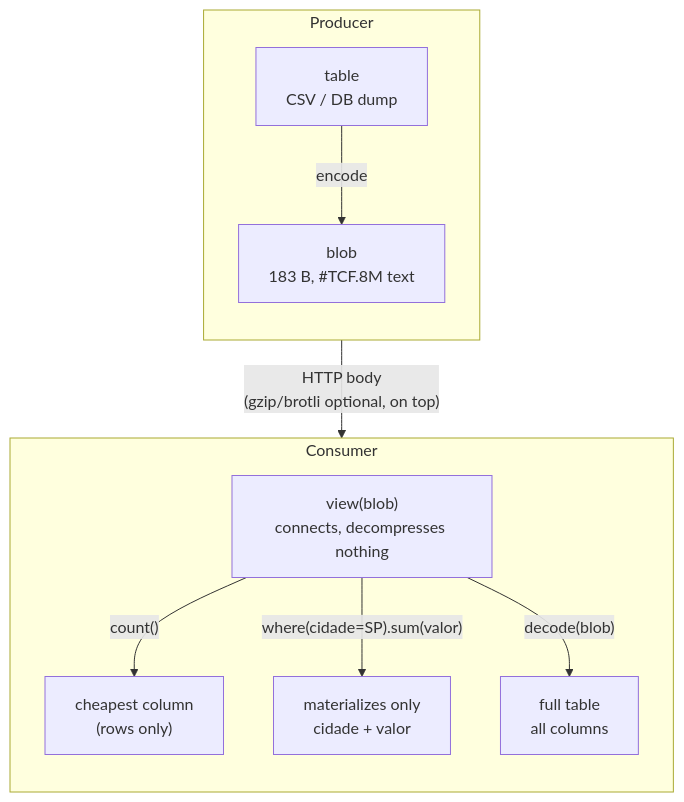
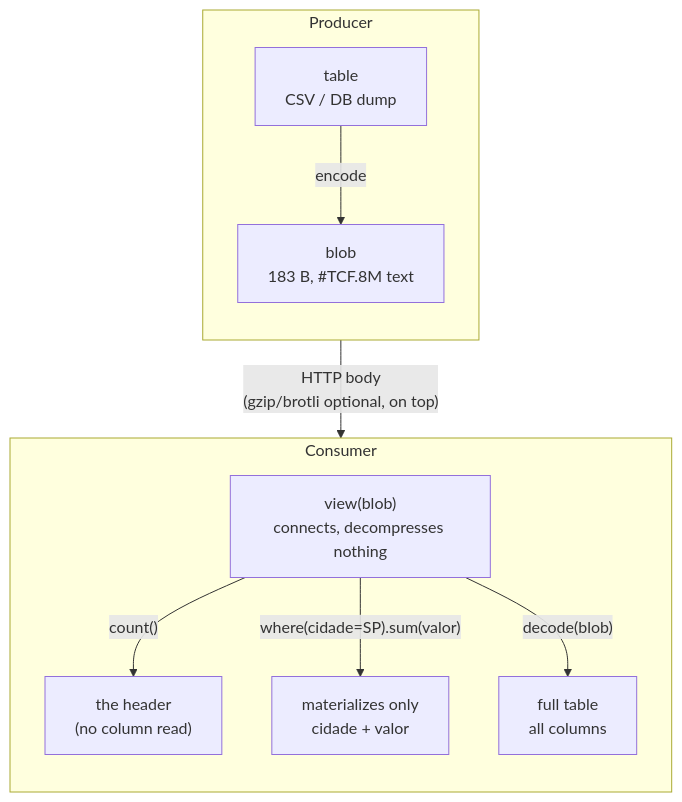
Before and after one commit to LeoPR/TCF: the diagram in README.md, drawn with Mermaid. The commit also changed other lines of this file and 12 other files, not shown here.

````diff
--- a/README.md
+++ b/README.md
@@ -625,14 +627,14 @@
 ```mermaid
 flowchart TB
     subgraph Producer
         direction TB
         A[table<br/>CSV / DB dump] -->|encode| B["blob<br/>183 B, #TCF.8M text"]
     end
     B -->|"HTTP body<br/>(gzip/brotli optional, on top)"| C
     subgraph Consumer
         direction TB
-        C["view(blob)<br/>connects, decompresses nothing"] -->|"count()"| D["cheapest column<br/>(rows only)"]
+        C["view(blob)<br/>connects, decompresses nothing"] -->|"count()"| D["the header<br/>(no column read)"]
         C -->|"where(cidade=SP).sum(valor)"| E["materializes only<br/>cidade + valor"]
         C -->|"decode(blob)"| F[full table<br/>all columns]
     end
 ```
````
